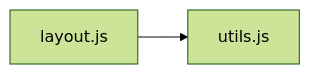
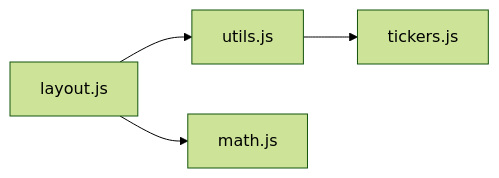
Before and after one commit to LiaoJimmy/effective-typescript: the second of 5 diagrams in pages/topological-sorting.md, drawn with Mermaid (forest theme). The commit also changed other lines of this file, not shown here.

````diff
--- a/pages/topological-sorting.md
+++ b/pages/topological-sorting.md
@@ -138,4 +142,6 @@
 ```mermaid {theme: 'default'}
 graph LR
     A[layout.js] --> B[utils.js];
+    A --> C[math.js];
+    B --> D[tickers.js];
 ```
````
